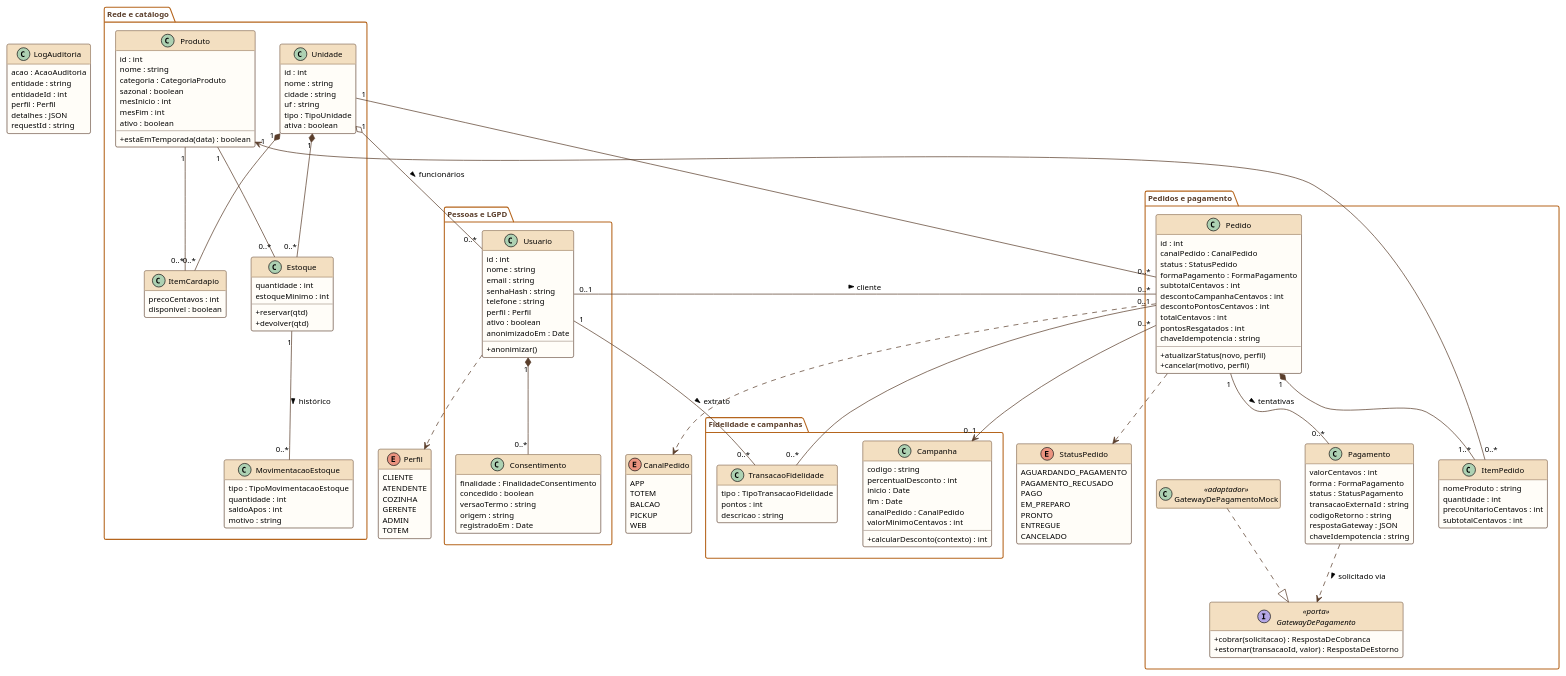
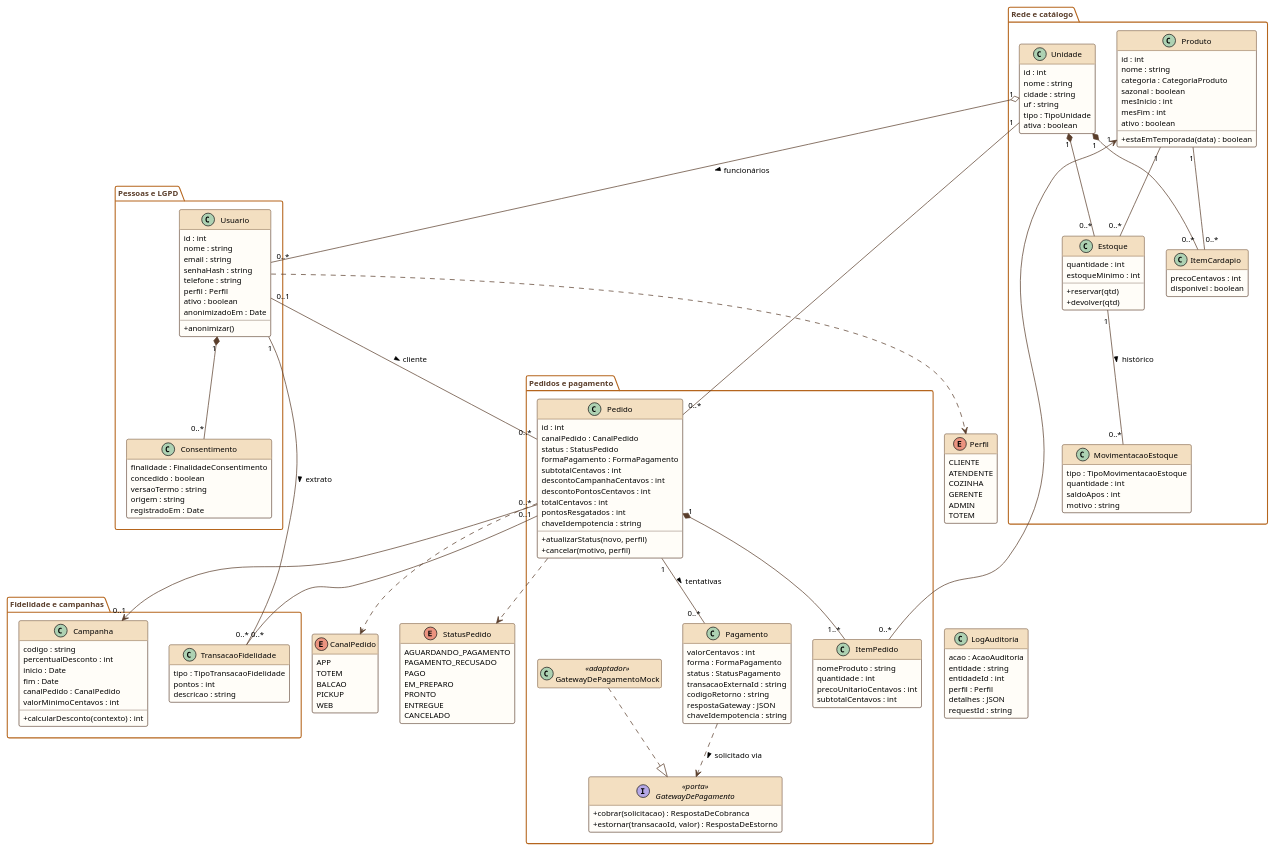
One commit to alves-jp/raizes-do-nordeste-api changed the diagram in docs/diagramas/03-classes.puml. Above: the diagram before and after it, drawn with PlantUML. The commit also changed 4 other files, not shown here.

Commit message:
docs: adiciona diagramas em SVG e a página inicial do GitHub Pages

```diff
--- a/docs/diagramas/03-classes.puml
+++ b/docs/diagramas/03-classes.puml
@@ -1,185 +1,192 @@
 @startuml 03-classes
 ' Diagrama de Classes — visão de domínio (entidades, enums e regras)
 skinparam shadowing false
 skinparam defaultFontName Arial
 skinparam defaultFontSize 11
 skinparam classAttributeIconSize 0
+skinparam nodesep 30
+skinparam ranksep 45
 skinparam class {
   BackgroundColor #FFFDF8
   BorderColor #5A3E2B
   ArrowColor #5A3E2B
   HeaderBackgroundColor #F3DFC1
 }
 skinparam package {
   BorderColor #B5651D
   FontColor #5A3E2B
 }
 hide empty members
 
 package "Rede e catálogo" {
   class Unidade {
     id : int
     nome : string
     cidade : string
     uf : string
     tipo : TipoUnidade
     ativa : boolean
   }
   class Produto {
     id : int
     nome : string
     categoria : CategoriaProduto
     sazonal : boolean
     mesInicio : int
     mesFim : int
     ativo : boolean
     + estaEmTemporada(data) : boolean
   }
   class ItemCardapio {
     precoCentavos : int
     disponivel : boolean
   }
   class Estoque {
     quantidade : int
     estoqueMinimo : int
     + reservar(qtd)
     + devolver(qtd)
   }
   class MovimentacaoEstoque {
     tipo : TipoMovimentacaoEstoque
     quantidade : int
     saldoApos : int
     motivo : string
   }
 }
 
 package "Pessoas e LGPD" {
   class Usuario {
     id : int
     nome : string
     email : string
     senhaHash : string
     telefone : string
     perfil : Perfil
     ativo : boolean
     anonimizadoEm : Date
     + anonimizar()
   }
   class Consentimento {
     finalidade : FinalidadeConsentimento
     concedido : boolean
     versaoTermo : string
     origem : string
     registradoEm : Date
   }
 }
 
 package "Pedidos e pagamento" {
   class Pedido {
     id : int
     canalPedido : CanalPedido
     status : StatusPedido
     formaPagamento : FormaPagamento
     subtotalCentavos : int
     descontoCampanhaCentavos : int
     descontoPontosCentavos : int
     totalCentavos : int
     pontosResgatados : int
     chaveIdempotencia : string
     + atualizarStatus(novo, perfil)
     + cancelar(motivo, perfil)
   }
   class ItemPedido {
     nomeProduto : string
     quantidade : int
     precoUnitarioCentavos : int
     subtotalCentavos : int
   }
   class Pagamento {
     valorCentavos : int
     forma : FormaPagamento
     status : StatusPagamento
     transacaoExternaId : string
     codigoRetorno : string
     respostaGateway : JSON
     chaveIdempotencia : string
   }
   interface GatewayDePagamento <<porta>> {
     + cobrar(solicitacao) : RespostaDeCobranca
     + estornar(transacaoId, valor) : RespostaDeEstorno
   }
   class GatewayDePagamentoMock <<adaptador>>
 }
 
 package "Fidelidade e campanhas" {
   class TransacaoFidelidade {
     tipo : TipoTransacaoFidelidade
     pontos : int
     descricao : string
   }
   class Campanha {
     codigo : string
     percentualDesconto : int
     inicio : Date
     fim : Date
     canalPedido : CanalPedido
     valorMinimoCentavos : int
     + calcularDesconto(contexto) : int
   }
 }
 
 class LogAuditoria {
   acao : AcaoAuditoria
   entidade : string
   entidadeId : int
   perfil : Perfil
   detalhes : JSON
   requestId : string
 }
 
 enum CanalPedido {
   APP
   TOTEM
   BALCAO
   PICKUP
   WEB
 }
 enum StatusPedido {
   AGUARDANDO_PAGAMENTO
   PAGAMENTO_RECUSADO
   PAGO
   EM_PREPARO
   PRONTO
   ENTREGUE
   CANCELADO
 }
 enum Perfil {
   CLIENTE
   ATENDENTE
   COZINHA
   GERENTE
   ADMIN
   TOTEM
 }
 
 Unidade "1" *-- "0..*" ItemCardapio
 Produto "1" -- "0..*" ItemCardapio
 Unidade "1" *-- "0..*" Estoque
 Produto "1" -- "0..*" Estoque
 Estoque "1" -- "0..*" MovimentacaoEstoque : histórico >
 Unidade "1" o-- "0..*" Usuario : funcionários >
 Usuario "1" *-- "0..*" Consentimento
 Unidade "1" -- "0..*" Pedido
 Usuario "0..1" -- "0..*" Pedido : cliente >
 Pedido "1" *-- "1..*" ItemPedido
 ItemPedido "0..*" --> "1" Produto
 Pedido "1" -- "0..*" Pagamento : tentativas >
 Pedido "0..*" --> "0..1" Campanha
 Usuario "1" -- "0..*" TransacaoFidelidade : extrato >
 Pedido "0..1" -- "0..*" TransacaoFidelidade
 Pagamento ..> GatewayDePagamento : solicitado via >
 GatewayDePagamentoMock ..|> GatewayDePagamento
 Pedido ..> CanalPedido
 Pedido ..> StatusPedido
 Usuario ..> Perfil
+
+' ---- layout: empilha os pacotes em duas linhas para caber em uma página A4 deitada
+MovimentacaoEstoque -[hidden]down-> Pedido
+Consentimento -[hidden]down-> Campanha
+Perfil -[hidden]down-> LogAuditoria
 @enduml
```
